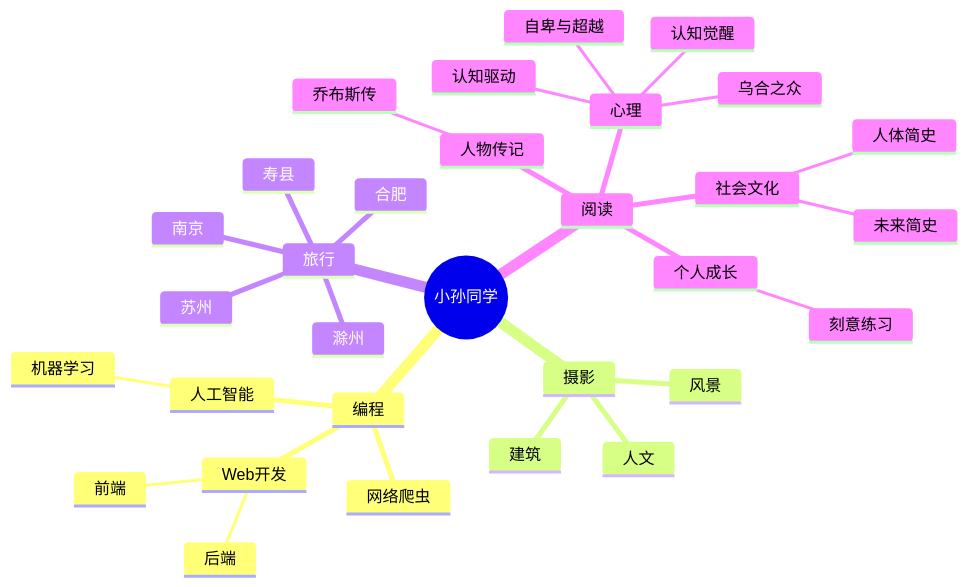
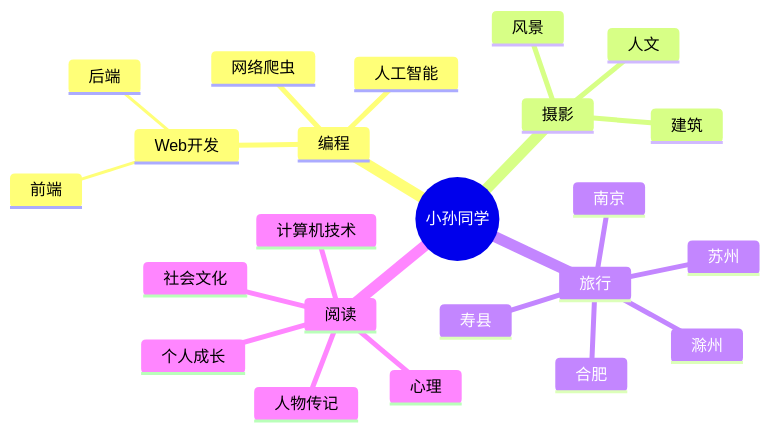
Before and after one commit to sun0225SUN/sun0225SUN: the diagram in README.md, drawn with Mermaid.

````diff
--- a/README.md
+++ b/README.md
@@ -178,34 +178,26 @@
 ```mermaid
 mindmap
   root((小孙同学))
     编程
       Web开发
         前端
         后端
       网络爬虫
       人工智能
-        机器学习
     摄影
       人文
       建筑
       风景
     旅行
       苏州
       南京
       滁州
       合肥
       寿县
     阅读
       人物传记
-        乔布斯传
       个人成长
-        刻意练习
       社会文化
-        人体简史
-        未来简史
       心理
-        认知觉醒
-        认知驱动
-        自卑与超越
-        乌合之众
+      计算机技术
 ```
````
